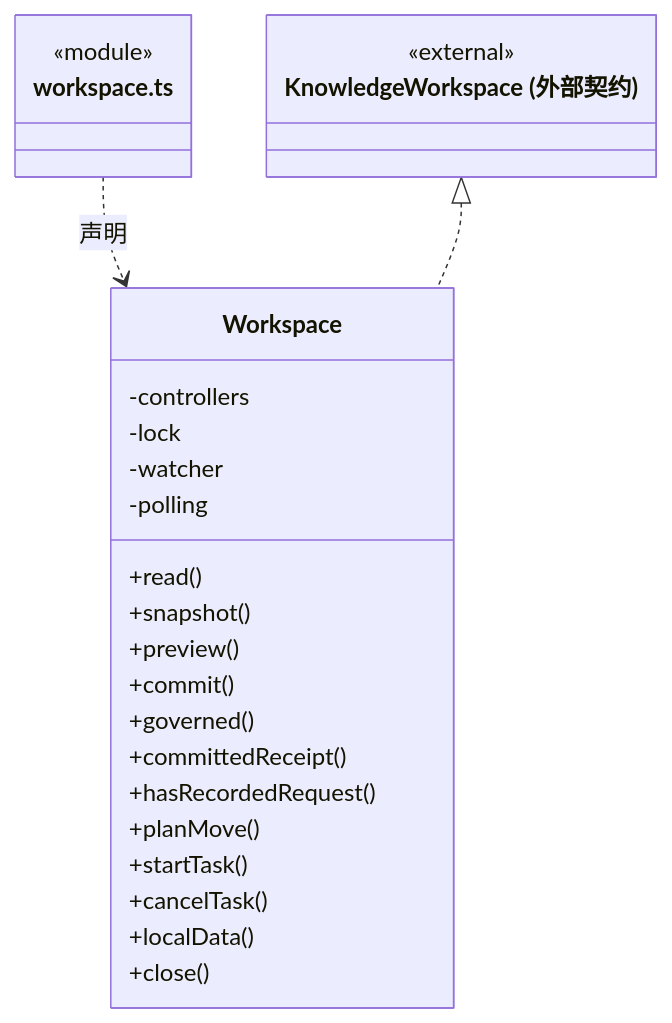
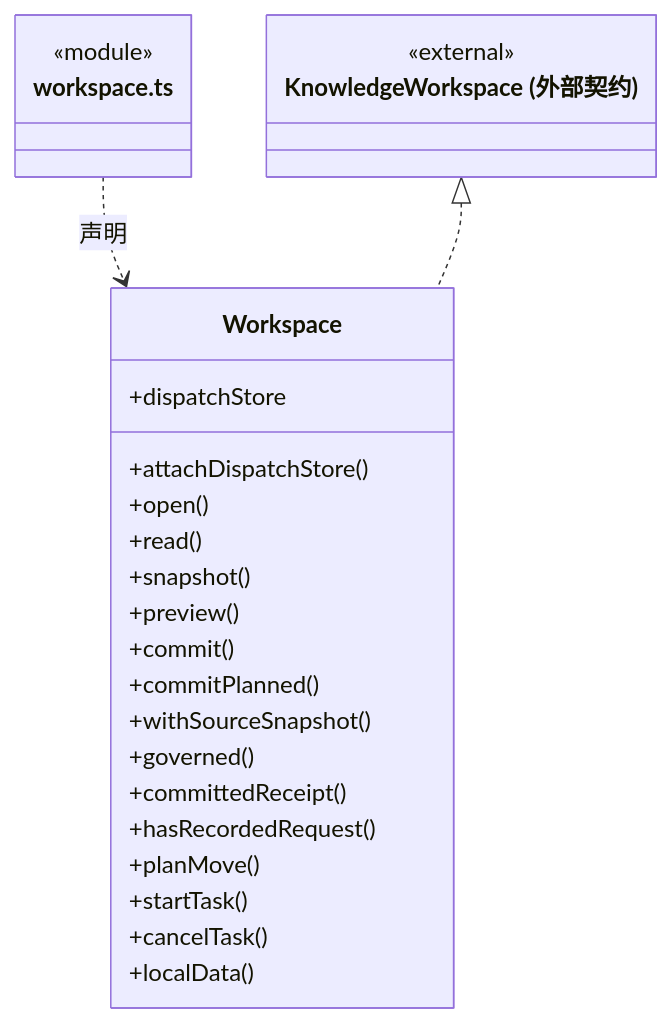
One commit to nan023062/cbim changed diagram 11 of 15 in src/backend/main/workspace/ARCHITECTURE.md. Above: the diagram before and after it, drawn with Mermaid. The commit also changed other lines of this file and 97 other files, not shown here.

````diff
--- a/src/backend/main/workspace/ARCHITECTURE.md
+++ b/src/backend/main/workspace/ARCHITECTURE.md
@@ -231,29 +281,29 @@
 ```mermaid
 classDiagram
 class N_src_backend_main_workspace_workspace_ts["workspace.ts"] {
   <<module>>
 }
 class N_src_backend_main_workspace_workspace_ts_Workspace["Workspace"] {
+  +attachDispatchStore()
+  +dispatchStore
+  +open()
   +read()
   +snapshot()
   +preview()
   +commit()
+  +commitPlanned()
+  +withSourceSnapshot()
   +governed()
   +committedReceipt()
   +hasRecordedRequest()
   +planMove()
   +startTask()
   +cancelTask()
   +localData()
-  +close()
-  -controllers
-  -lock
-  -watcher
-  -polling
 }
 N_src_backend_main_workspace_workspace_ts ..> N_src_backend_main_workspace_workspace_ts_Workspace : 声明
 class N_src_backend_main_workspace_workspace_ts_external_KnowledgeWorkspace["KnowledgeWorkspace (外部契约)"] {
   <<external>>
 }
 N_src_backend_main_workspace_workspace_ts_external_KnowledgeWorkspace <|.. N_src_backend_main_workspace_workspace_ts_Workspace
 ```
````
